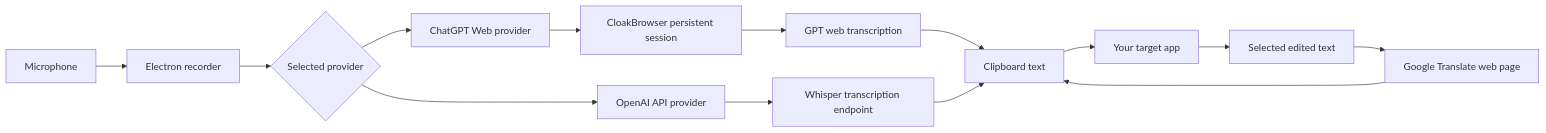
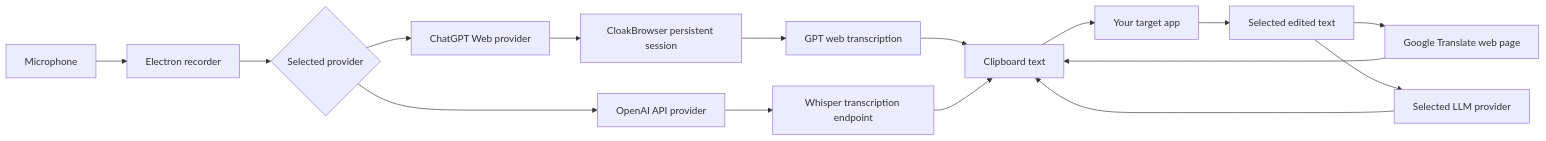
The diagram in README.md (swimmwatch/gpt-voice), drawn with Mermaid before and after one commit. The commit also changed other lines of this file and 41 other files, not shown here.

````diff
--- a/README.md
+++ b/README.md
@@ -51,16 +51,18 @@
 ```mermaid
 flowchart LR
   Mic[Microphone] --> Recorder[Electron recorder]
   Recorder --> Provider{Selected provider}
   Provider --> Web[ChatGPT Web provider]
   Web --> Browser[CloakBrowser persistent session]
   Browser --> ChatGPT[GPT web transcription]
   Provider --> API[OpenAI API provider]
   API --> Whisper[Whisper transcription endpoint]
   ChatGPT --> Clipboard[Clipboard text]
   Whisper --> Clipboard
   Clipboard --> Editor[Your target app]
   Editor --> Selection[Selected edited text]
   Selection --> Google[Google Translate web page]
+  Selection --> LLM[Selected LLM provider]
   Google --> Clipboard
+  LLM --> Clipboard
 ```
````
